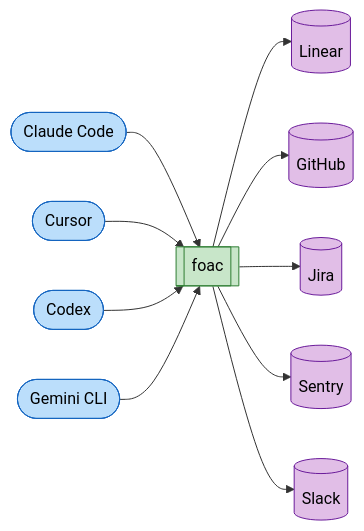
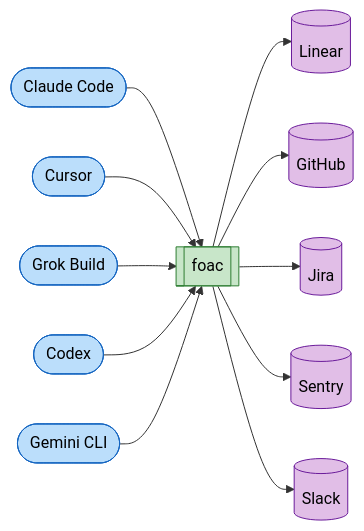
The second of 2 diagrams in README.md (alephic-ai/foac), drawn with Mermaid before and after one commit. The commit also changed other lines of this file, not shown here.

First line of the commit message:
docs: unify adapters and refresh harnesses in README diagrams (#77)

````diff
--- a/README.md
+++ b/README.md
@@ -45,14 +45,15 @@
 ```mermaid
 graph LR
     CC([Claude Code]) --> F
     CU([Cursor]) --> F
+    GRK([Grok Build]) --> F
     CX([Codex]) --> F
     GEM([Gemini CLI]) --> F[[foac]]
     F --> Linear[(Linear)] & GitHub[(GitHub)] & Jira[(Jira)] & Sentry[(Sentry)] & Slack[(Slack)]
     classDef harness fill:#bbdefb,stroke:#1565c0,color:#000
     classDef cli fill:#c8e6c9,stroke:#2e7d32,color:#000
     classDef provider fill:#e1bee7,stroke:#6a1b9a,color:#000
-    class CC,CU,CX,GEM harness
+    class CC,CU,GRK,CX,GEM harness
     class F cli
     class Linear,GitHub,Jira,Sentry,Slack provider
 ```
````
